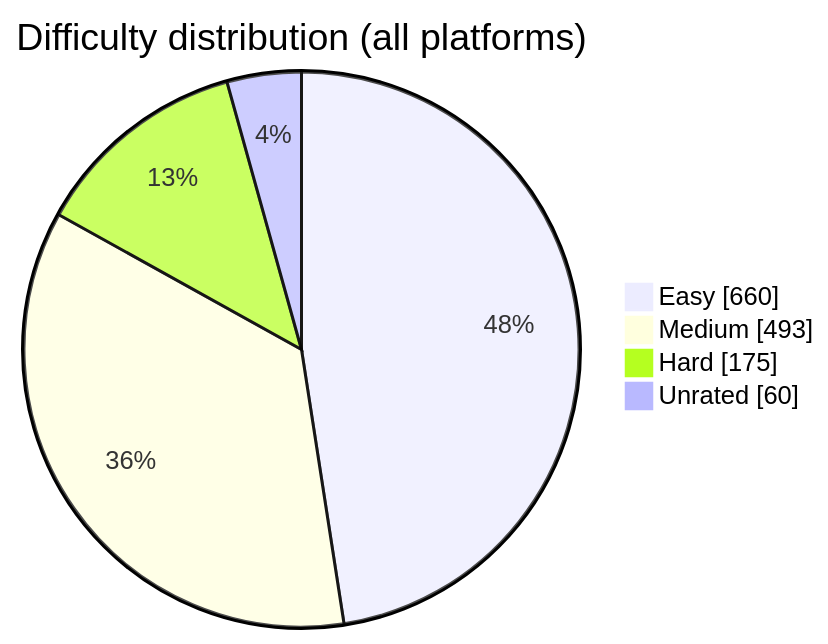
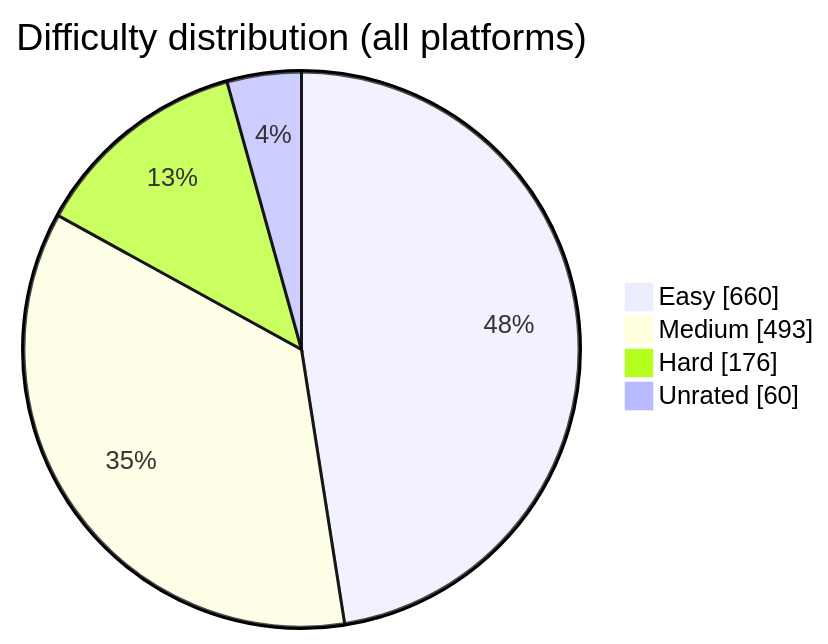
The diagram in README.md (BuildbyArindam/Daily-Coding-Log), drawn with Mermaid before and after one commit. The commit also changed other lines of this file, not shown here.

````diff
--- a/README.md
+++ b/README.md
@@ -93,7 +93,7 @@
 ```mermaid
 pie showData title Difficulty distribution (all platforms)
     "Easy" : 660
     "Medium" : 493
-    "Hard" : 175
+    "Hard" : 176
     "Unrated" : 60
 ```
````
